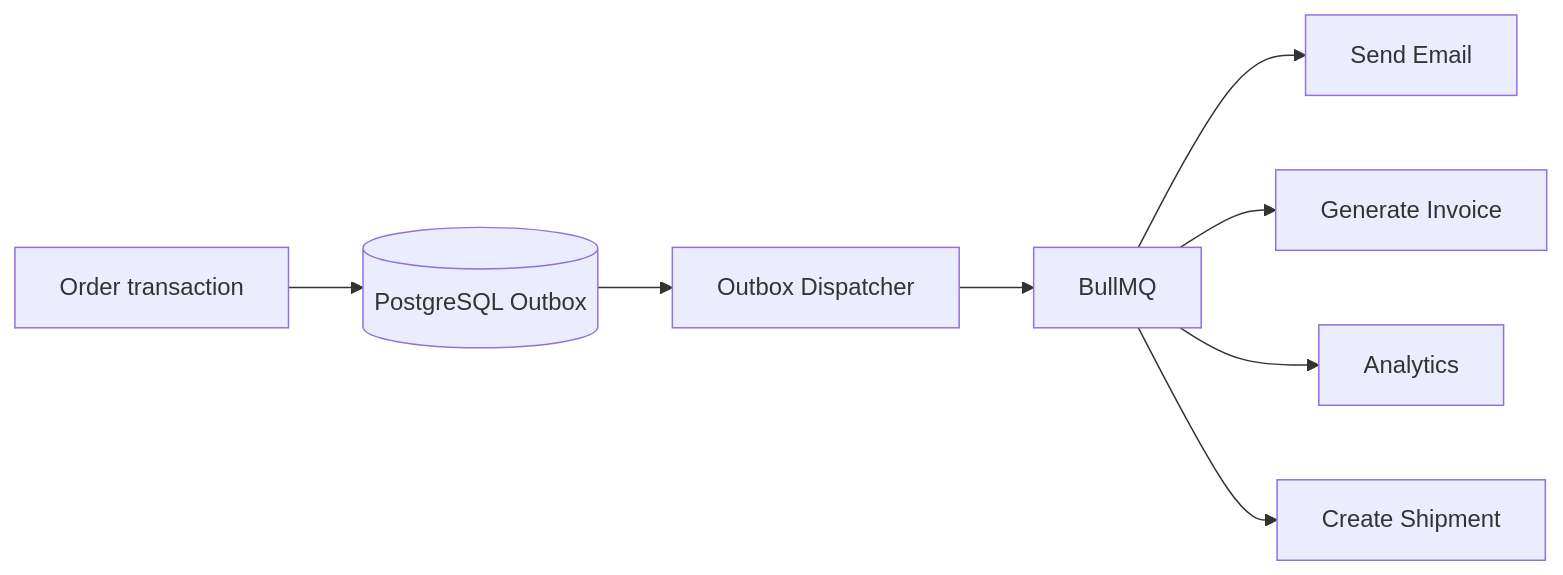
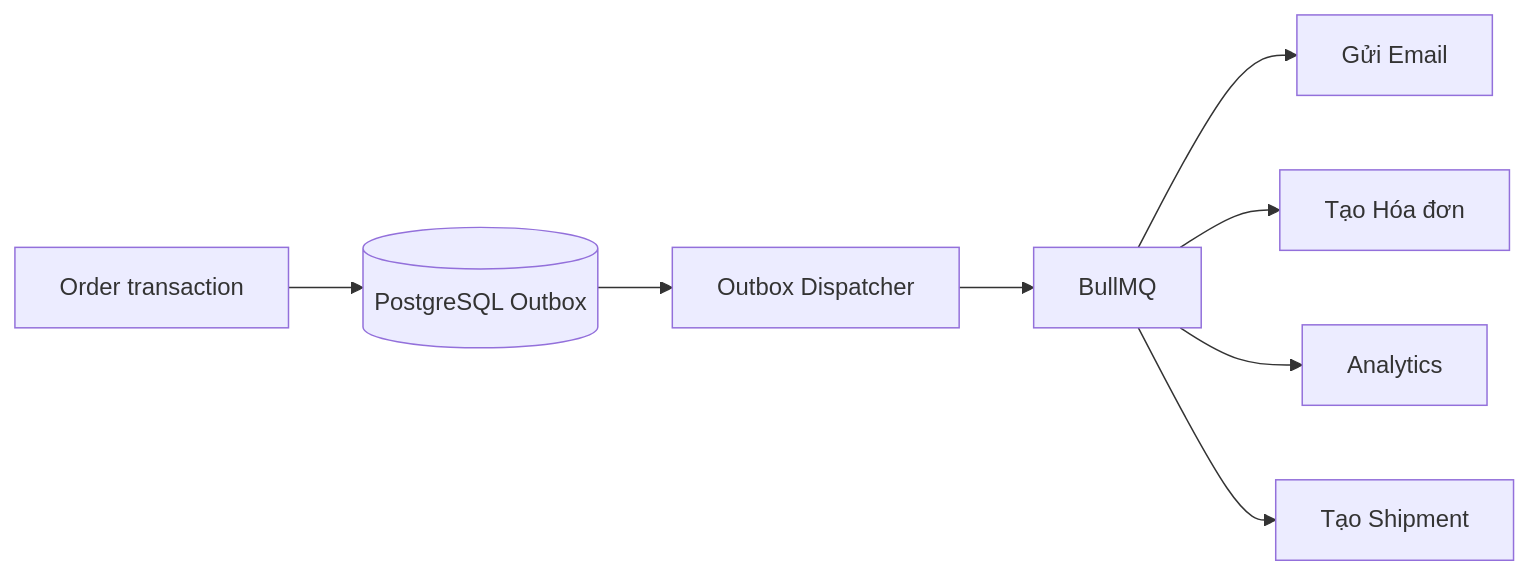
Diagram 11 of 16 in doc/ecommerce-backend-architecture-system-design-2.md (LuongCongThanh/be-demo), drawn with Mermaid before and after one commit. The commit also changed other lines of this file and 9 other files, not shown here.

````diff
--- a/doc/ecommerce-backend-architecture-system-design-2.md
+++ b/doc/ecommerce-backend-architecture-system-design-2.md
@@ -1078,21 +1054,21 @@
 ```mermaid
 flowchart LR
     Order["Order transaction"]
     Outbox[("PostgreSQL Outbox")]
     Dispatcher["Outbox Dispatcher"]
     Queue["BullMQ"]
 
-    Email["Send Email"]
-    Invoice["Generate Invoice"]
+    Email["Gửi Email"]
+    Invoice["Tạo Hóa đơn"]
     Analytics["Analytics"]
-    Shipping["Create Shipment"]
+    Shipping["Tạo Shipment"]
 
     Order --> Outbox
     Outbox --> Dispatcher
     Dispatcher --> Queue
 
     Queue --> Email
     Queue --> Invoice
     Queue --> Analytics
     Queue --> Shipping
 ```
````
